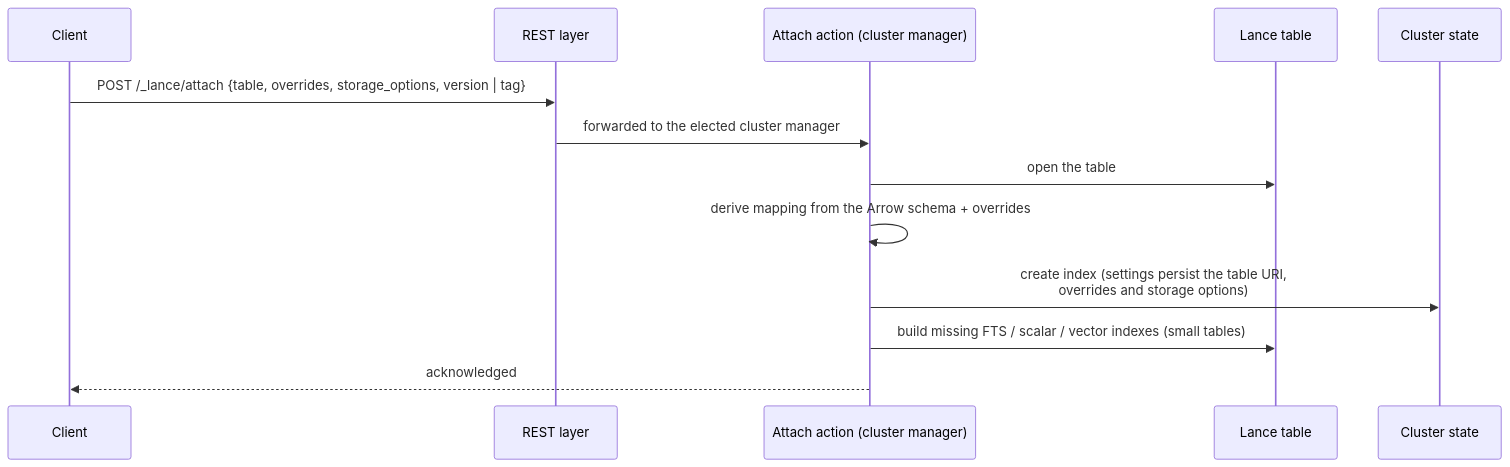
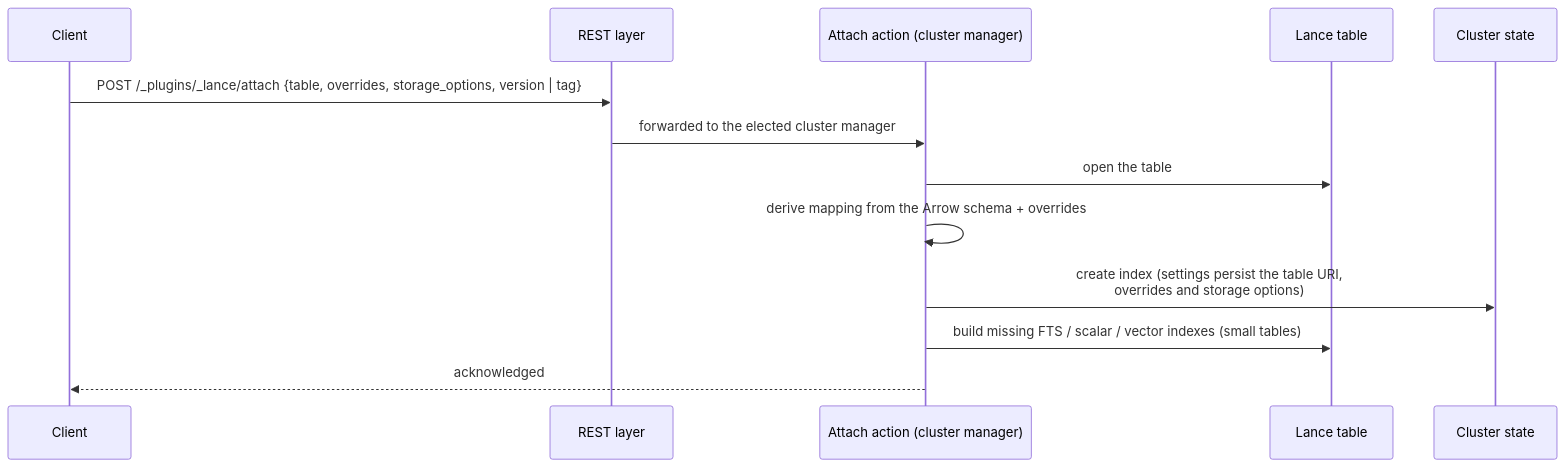
One commit to lawofcycles/lance-opensearch changed the second of 5 diagrams in docs/architecture.md. Above: the diagram before and after it, drawn with Mermaid. The commit also changed other lines of this file and 100 other files, not shown here.

First line of the commit message:
Move the REST API under /_plugins/_lance, keep the old paths deprecated (#369)

````diff
--- a/docs/architecture.md
+++ b/docs/architecture.md
@@ -191,15 +191,15 @@
 ```mermaid
 sequenceDiagram
     participant C as Client
     participant R as REST layer
     participant A as Attach action (cluster manager)
     participant L as Lance table
     participant CS as Cluster state
-    C->>R: POST /_lance/attach {table, overrides, storage_options, version | tag}
+    C->>R: POST /_plugins/_lance/attach {table, overrides, storage_options, version | tag}
     R->>A: forwarded to the elected cluster manager
     A->>L: open the table
     A->>A: derive mapping from the Arrow schema + overrides
     A->>CS: create index (settings persist the table URI,<br/>overrides and storage options)
     A->>L: build missing FTS / scalar / vector indexes (small tables)
     A-->>C: acknowledged
 ```
````
